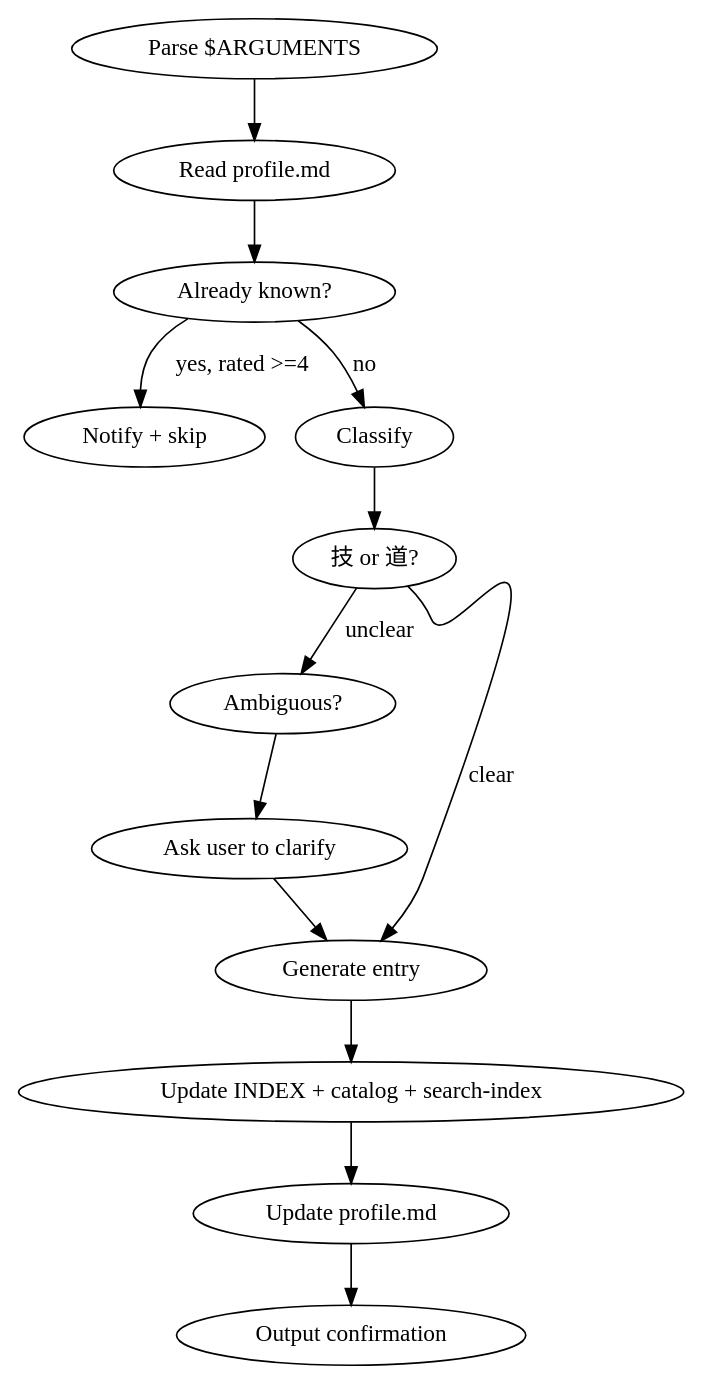
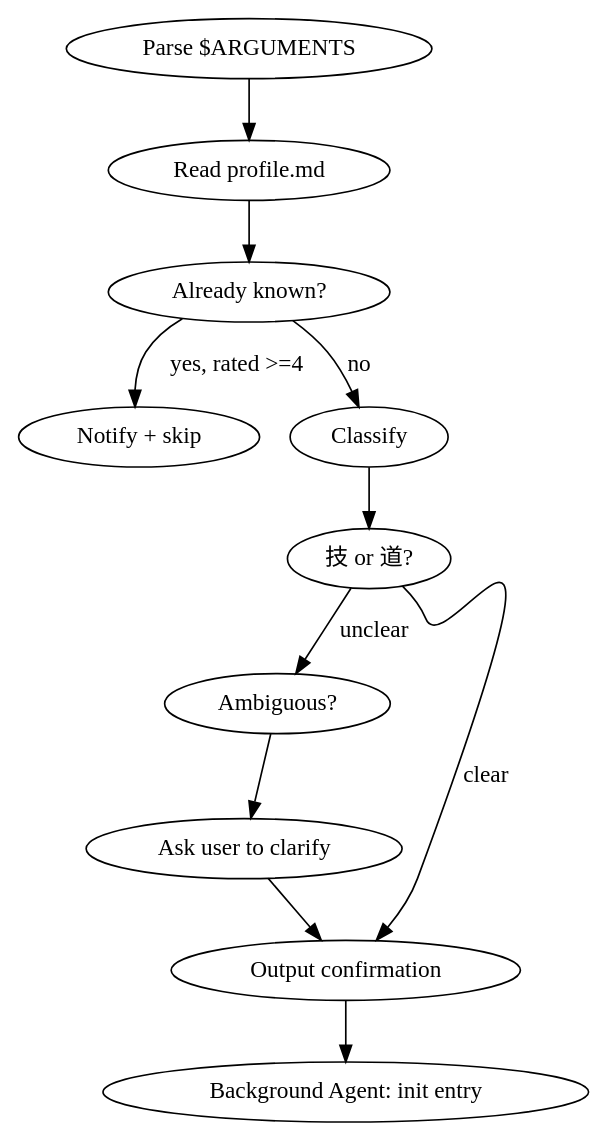
The diagram in skills/learn/SKILL.md (ut0p1an/knowledge_tracker), drawn with Graphviz before and after one commit. The commit also changed other lines of this file, not shown here.

````diff
--- a/skills/learn/SKILL.md
+++ b/skills/learn/SKILL.md
@@ -15,16 +15,14 @@
 ```dot
 digraph learn {
     "Parse $ARGUMENTS" -> "Read profile.md";
     "Read profile.md" -> "Already known?" ;
     "Already known?" -> "Notify + skip" [label="yes, rated >=4"];
     "Already known?" -> "Classify" [label="no"];
     "Classify" -> "技 or 道?";
     "技 or 道?" -> "Ambiguous?" [label="unclear"];
     "Ambiguous?" -> "Ask user to clarify";
-    "Ask user to clarify" -> "Generate entry";
-    "技 or 道?" -> "Generate entry" [label="clear"];
-    "Generate entry" -> "Update INDEX + catalog + search-index";
-    "Update INDEX + catalog + search-index" -> "Update profile.md";
-    "Update profile.md" -> "Output confirmation";
+    "Ask user to clarify" -> "Output confirmation";
+    "技 or 道?" -> "Output confirmation" [label="clear"];
+    "Output confirmation" -> "Background Agent: init entry";
 }
 ```
````
